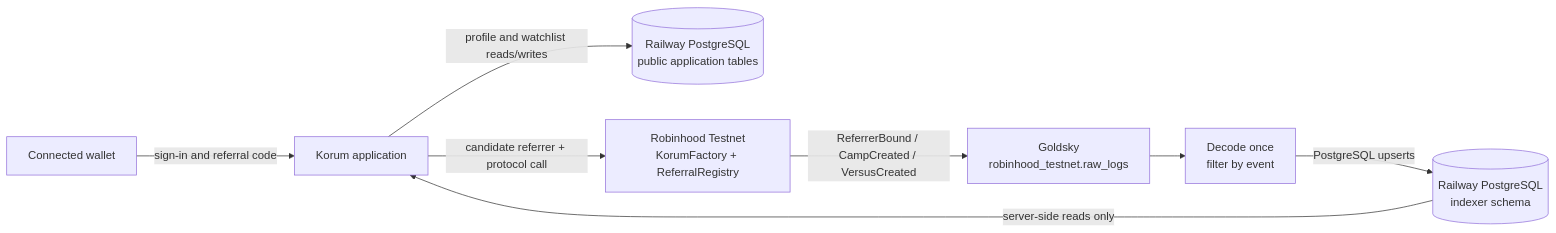
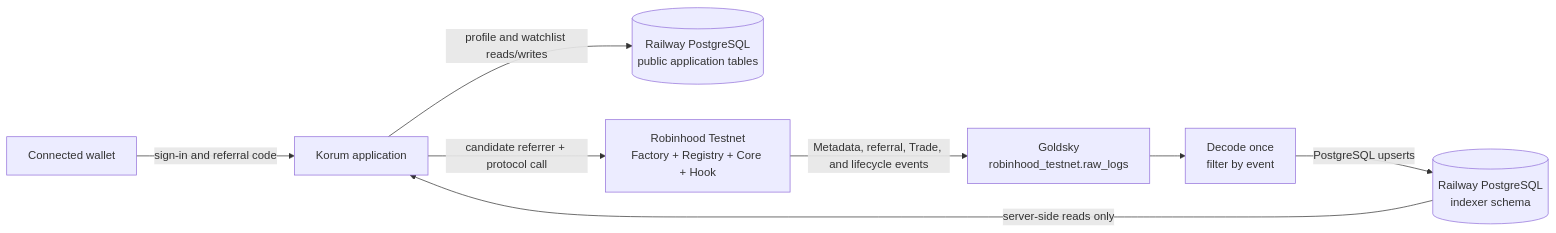
The diagram in docs/referral-and-indexer-architecture.md (farau/korum-project), drawn with Mermaid before and after one commit. The commit also changed other lines of this file and 49 other files, not shown here.

````diff
--- a/docs/referral-and-indexer-architecture.md
+++ b/docs/referral-and-indexer-architecture.md
@@ -24,18 +24,18 @@
 ```mermaid
 flowchart LR
   wallet[Connected wallet]
   app[Korum application]
   users[(Railway PostgreSQL<br/>public application tables)]
-  contracts[Robinhood Testnet<br/>KorumFactory + ReferralRegistry]
+  contracts[Robinhood Testnet<br/>Factory + Registry + Core + Hook]
   logs[Goldsky<br/>robinhood_testnet.raw_logs]
   decode[Decode once<br/>filter by event]
   indexer[(Railway PostgreSQL<br/>indexer schema)]
 
   wallet -->|sign-in and referral code| app
   app -->|profile and watchlist reads/writes| users
   app -->|candidate referrer + protocol call| contracts
-  contracts -->|ReferrerBound / CampCreated / VersusCreated| logs
+  contracts -->|Metadata, referral, Trade, and lifecycle events| logs
   logs --> decode
   decode -->|PostgreSQL upserts| indexer
   indexer -->|server-side reads only| app
 ```
````
